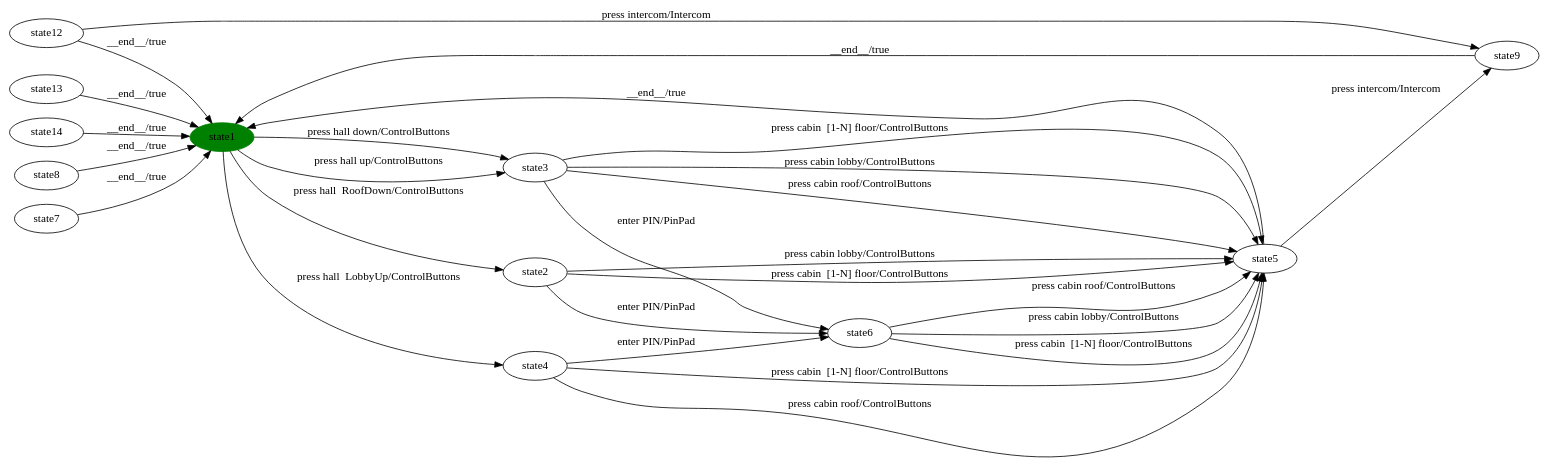
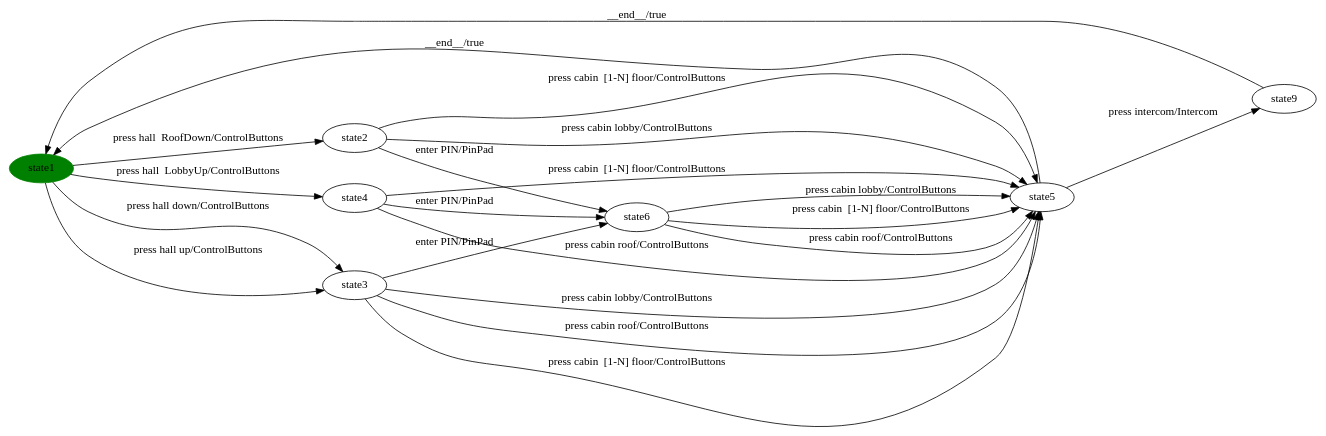
Before and after one commit to dilekozturk93/vibes: the diagram in milestone-reports/full-pipeline-walkthrough/Elevator/Elevator-step2-projected.dot, drawn with Graphviz. The commit also changed 80 other files, not shown here.

```diff
--- a/milestone-reports/full-pipeline-walkthrough/Elevator/Elevator-step2-projected.dot
+++ b/milestone-reports/full-pipeline-walkthrough/Elevator/Elevator-step2-projected.dot
@@ -1,41 +1,30 @@
 digraph G {
 rankdir=LR;
 state0[ label = "state1", style=filled, color=green ];
 state1 [ label = "state9" ];
 state2 [ label = "state6" ];
-state3 [ label = "state13" ];
-state4 [ label = "state5" ];
-state5 [ label = "state12" ];
-state6 [ label = "state8" ];
-state7 [ label = "state7" ];
-state8 [ label = "state2" ];
-state9 [ label = "state4" ];
-state10 [ label = "state3" ];
-state11 [ label = "state14" ];
+state3 [ label = "state5" ];
+state4 [ label = "state2" ];
+state5 [ label = "state4" ];
+state6 [ label = "state3" ];
+state2 -> state3 [ label=" press cabin lobby/ControlButtons " ];
+state2 -> state3 [ label=" press cabin  [1-N] floor/ControlButtons " ];
+state1 -> state0 [ label=" __end__/true " ];
+state0 -> state4 [ label=" press hall  RoofDown/ControlButtons " ];
+state6 -> state2 [ label=" enter PIN/PinPad " ];
+state3 -> state1 [ label=" press intercom/Intercom " ];
+state0 -> state6 [ label=" press hall up/ControlButtons " ];
+state5 -> state3 [ label=" press cabin roof/ControlButtons " ];
+state4 -> state3 [ label=" press cabin  [1-N] floor/ControlButtons " ];
+state5 -> state3 [ label=" press cabin  [1-N] floor/ControlButtons " ];
+state2 -> state3 [ label=" press cabin roof/ControlButtons " ];
+state6 -> state3 [ label=" press cabin lobby/ControlButtons " ];
+state4 -> state2 [ label=" enter PIN/PinPad " ];
+state5 -> state2 [ label=" enter PIN/PinPad " ];
+state6 -> state3 [ label=" press cabin roof/ControlButtons " ];
+state0 -> state6 [ label=" press hall down/ControlButtons " ];
+state4 -> state3 [ label=" press cabin lobby/ControlButtons " ];
+state0 -> state5 [ label=" press hall  LobbyUp/ControlButtons " ];
+state6 -> state3 [ label=" press cabin  [1-N] floor/ControlButtons " ];
 state3 -> state0 [ label=" __end__/true " ];
-state0 -> state8 [ label=" press hall  RoofDown/ControlButtons " ];
-state4 -> state1 [ label=" press intercom/Intercom " ];
-state9 -> state4 [ label=" press cabin roof/ControlButtons " ];
-state9 -> state4 [ label=" press cabin  [1-N] floor/ControlButtons " ];
-state11 -> state0 [ label=" __end__/true " ];
-state8 -> state2 [ label=" enter PIN/PinPad " ];
-state7 -> state0 [ label=" __end__/true " ];
-state8 -> state4 [ label=" press cabin lobby/ControlButtons " ];
-state10 -> state4 [ label=" press cabin  [1-N] floor/ControlButtons " ];
-state2 -> state4 [ label=" press cabin lobby/ControlButtons " ];
-state2 -> state4 [ label=" press cabin  [1-N] floor/ControlButtons " ];
-state1 -> state0 [ label=" __end__/true " ];
-state10 -> state2 [ label=" enter PIN/PinPad " ];
-state0 -> state10 [ label=" press hall up/ControlButtons " ];
-state8 -> state4 [ label=" press cabin  [1-N] floor/ControlButtons " ];
-state2 -> state4 [ label=" press cabin roof/ControlButtons " ];
-state6 -> state0 [ label=" __end__/true " ];
-state10 -> state4 [ label=" press cabin lobby/ControlButtons " ];
-state5 -> state1 [ label=" press intercom/Intercom " ];
-state9 -> state2 [ label=" enter PIN/PinPad " ];
-state5 -> state0 [ label=" __end__/true " ];
-state10 -> state4 [ label=" press cabin roof/ControlButtons " ];
-state0 -> state10 [ label=" press hall down/ControlButtons " ];
-state0 -> state9 [ label=" press hall  LobbyUp/ControlButtons " ];
-state4 -> state0 [ label=" __end__/true " ];
 }
```
